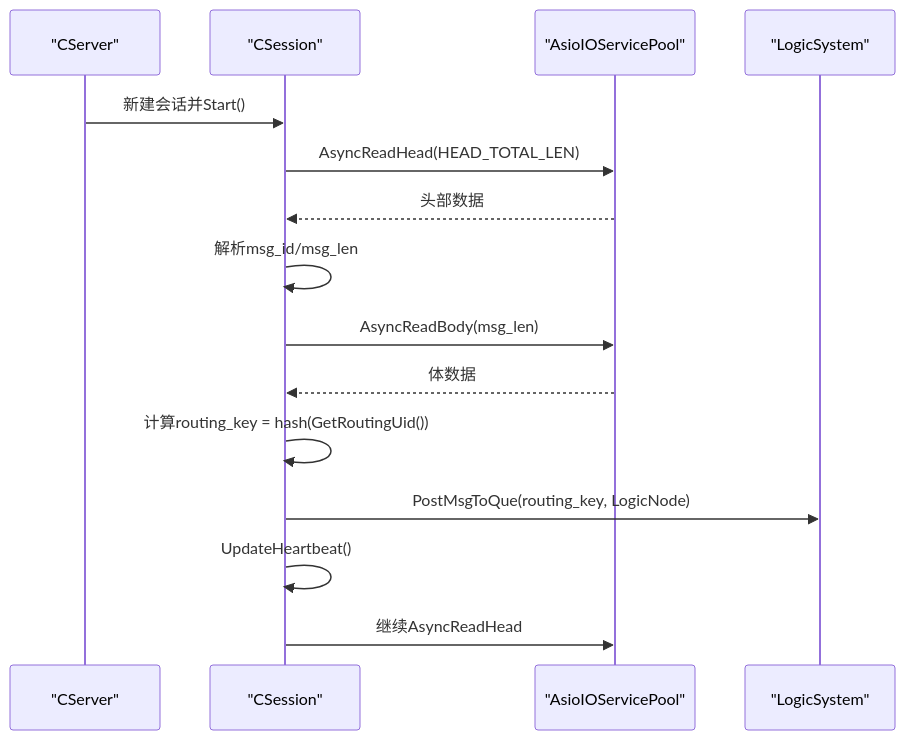
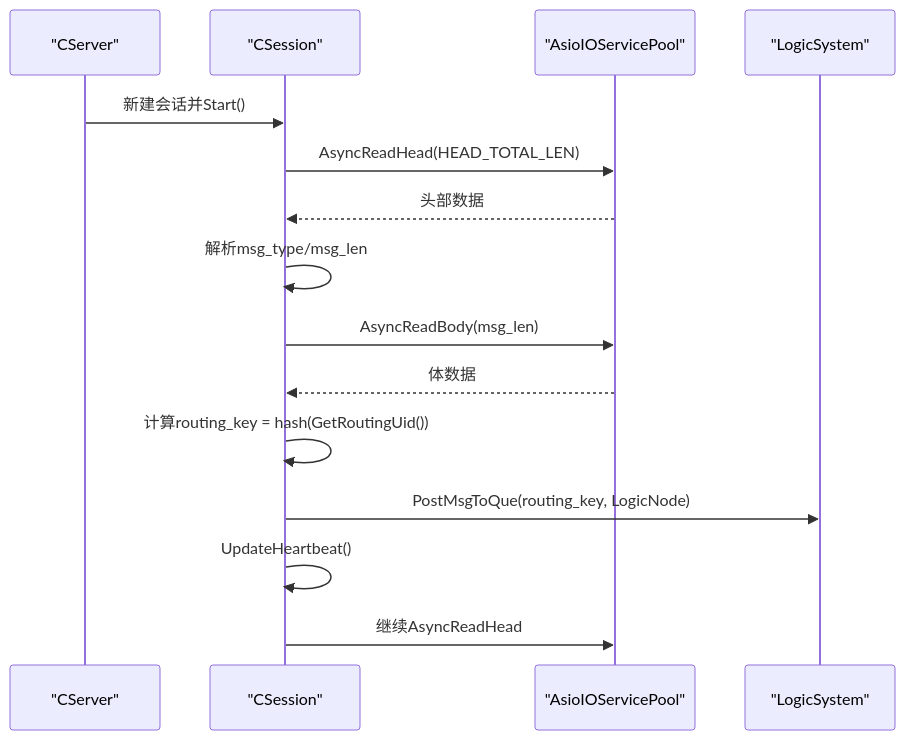
The seventh of 13 diagrams in .qoder/repowiki/zh/content/架构设计/微服务架构设计/ChatServer聊天核心服务/聊天逻辑系统.md (echo9923/mychatter), drawn with Mermaid before and after one commit. The commit also changed other lines of this file and 128 other files, not shown here.

First line of the commit message:
refactor(protocol): TCP 帧头消息类型 msg_id 全局改名为 msg_type

````diff
--- a/.qoder/repowiki/zh/content/架构设计/微服务架构设计/ChatServer聊天核心服务/聊天逻辑系统.md
+++ b/.qoder/repowiki/zh/content/架构设计/微服务架构设计/ChatServer聊天核心服务/聊天逻辑系统.md
@@ -360,17 +360,17 @@
 ```mermaid
 sequenceDiagram
 participant Srv as "CServer"
 participant Ses as "CSession"
 participant IO as "AsioIOServicePool"
 participant L as "LogicSystem"
 Srv->>Ses : 新建会话并Start()
 Ses->>IO : AsyncReadHead(HEAD_TOTAL_LEN)
 IO-->>Ses : 头部数据
-Ses->>Ses : 解析msg_id/msg_len
+Ses->>Ses : 解析msg_type/msg_len
 Ses->>IO : AsyncReadBody(msg_len)
 IO-->>Ses : 体数据
 Ses->>Ses : 计算routing_key = hash(GetRoutingUid())
 Ses->>L : PostMsgToQue(routing_key, LogicNode)
 Ses->>Ses : UpdateHeartbeat()
 Ses->>IO : 继续AsyncReadHead
 ```
````
